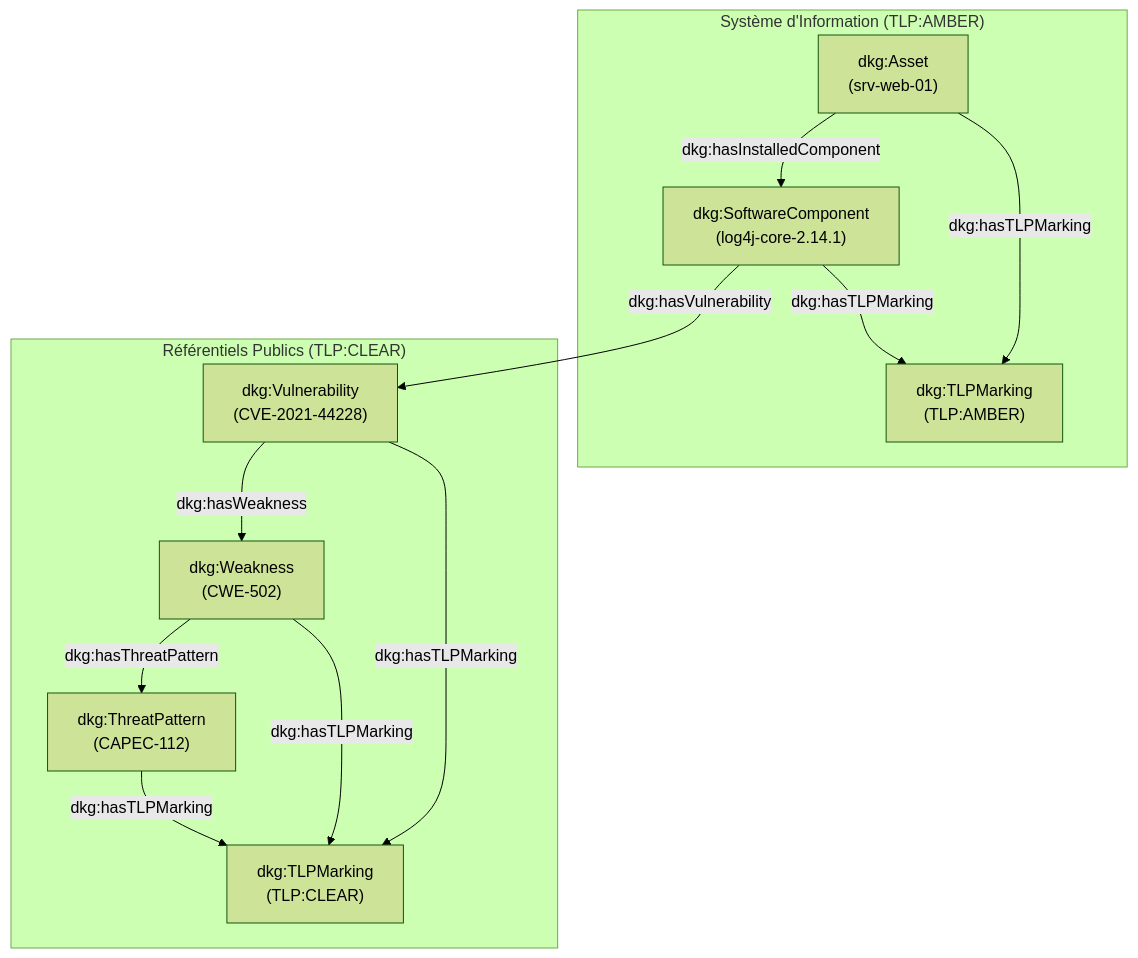
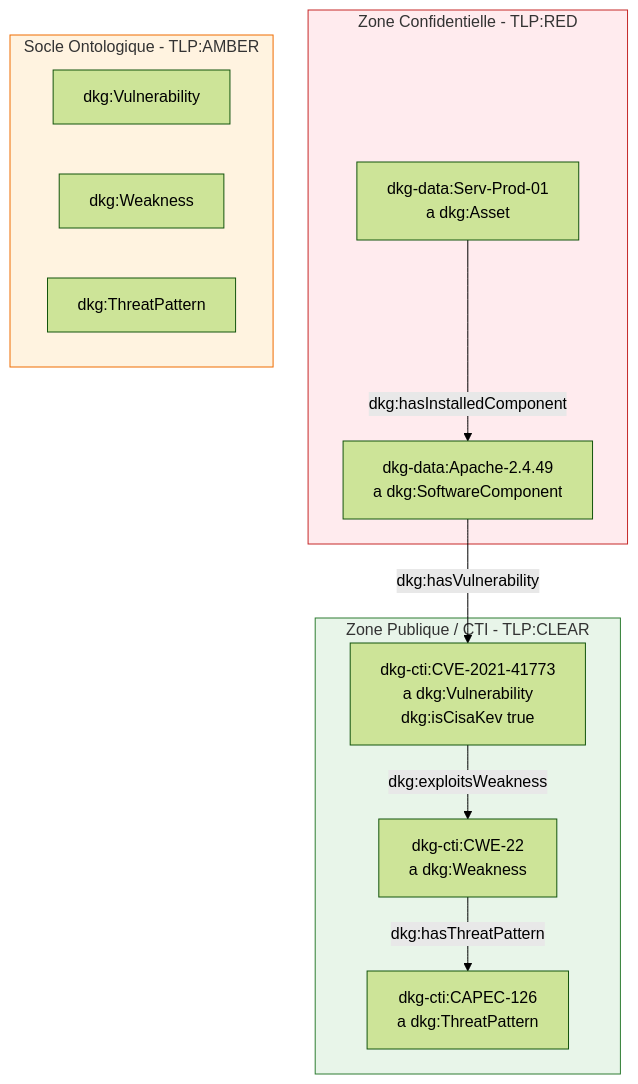
One commit to AlbanLher/Dkg-cybersec changed the diagram in 00-Projet/Phase3/Phase_Content.md. Above: the diagram before and after it, drawn with Mermaid (forest theme). The commit also changed other lines of this file and 9 other files, not shown here.

````diff
--- a/00-Projet/Phase3/Phase_Content.md
+++ b/00-Projet/Phase3/Phase_Content.md
@@ -170,27 +40,29 @@
 ```mermaid
 graph TD
-    subgraph Internes ["Système d'Information (TLP:AMBER)"]
-        Asset["dkg:Asset<br/>(srv-web-01)"]
-        Comp["dkg:SoftwareComponent<br/>(log4j-core-2.14.1)"]
-        TLP_Amber["dkg:TLPMarking<br/>(TLP:AMBER)"]
-
-        Asset -->|dkg:hasTLPMarking| TLP_Amber
-        Comp -->|dkg:hasTLPMarking| TLP_Amber
-        Asset -->|dkg:hasInstalledComponent| Comp
+    subgraph TLP_RED_Scope [Zone Confidentielle - TLP:RED]
+        A["dkg-data:Serv-Prod-01<br/>a dkg:Asset"]
+        C["dkg-data:Apache-2.4.49<br/>a dkg:SoftwareComponent"]
+        A -->|dkg:hasInstalledComponent| C
     end
 
-    subgraph Publiques ["Référentiels Publics (TLP:CLEAR)"]
-        CVE["dkg:Vulnerability<br/>(CVE-2021-44228)"]
-        CWE["dkg:Weakness<br/>(CWE-502)"]
-        CAPEC["dkg:ThreatPattern<br/>(CAPEC-112)"]
-        TLP_Clear["dkg:TLPMarking<br/>(TLP:CLEAR)"]
+    subgraph TLP_AMBER_Scope [Socle Ontologique - TLP:AMBER]
+        T1[dkg:Vulnerability]
+        T2[dkg:Weakness]
+        T3[dkg:ThreatPattern]
+    end
 
-        CVE -->|dkg:hasTLPMarking| TLP_Clear
-        CWE -->|dkg:hasTLPMarking| TLP_Clear
-        CAPEC -->|dkg:hasTLPMarking| TLP_Clear
-
-        Comp -->|dkg:hasVulnerability| CVE
-        CVE -->|dkg:hasWeakness| CWE
+    subgraph TLP_CLEAR_Scope [Zone Publique / CTI - TLP:CLEAR]
+        CVE["dkg-cti:CVE-2021-41773<br/>a dkg:Vulnerability<br/>dkg:isCisaKev true"]
+        CWE["dkg-cti:CWE-22<br/>a dkg:Weakness"]
+        CAPEC["dkg-cti:CAPEC-126<br/>a dkg:ThreatPattern"]
+        
+        CVE -->|dkg:exploitsWeakness| CWE
         CWE -->|dkg:hasThreatPattern| CAPEC
     end
+
+    C -->|dkg:hasVulnerability| CVE
+
+    style TLP_RED_Scope fill:#ffebee,stroke:#c62828
+    style TLP_AMBER_Scope fill:#fff3e0,stroke:#ef6c00
+    style TLP_CLEAR_Scope fill:#e8f5e9,stroke:#2e7d32
 ```
````
